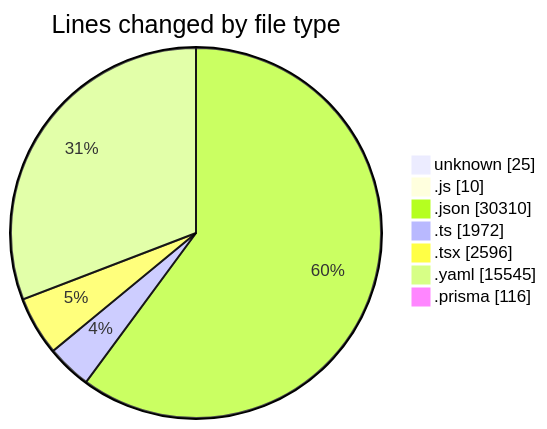
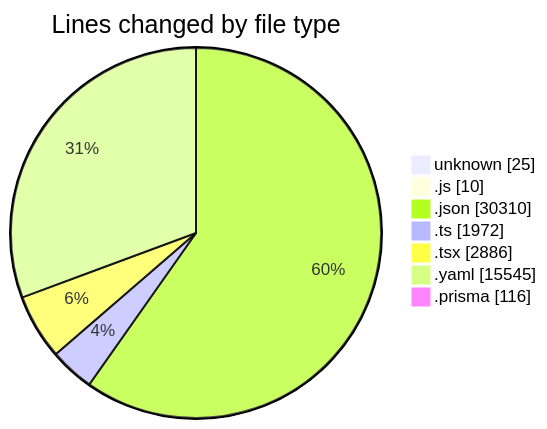
The first of 2 diagrams in 2025-05-02/ecodeli/README.md (CELIANVF/code-tracking), drawn with Mermaid before and after one commit. The commit also changed other lines of this file and 1 other file, not shown here.

````diff
--- a/2025-05-02/ecodeli/README.md
+++ b/2025-05-02/ecodeli/README.md
@@ -59,11 +60,11 @@
 ```mermaid
 pie showData
 title Lines changed by file type
 "unknown" : 25
 ".js" : 10
 ".json" : 30310
 ".ts" : 1972
-".tsx" : 2596
+".tsx" : 2886
 ".yaml" : 15545
 ".prisma" : 116
 ```
````
